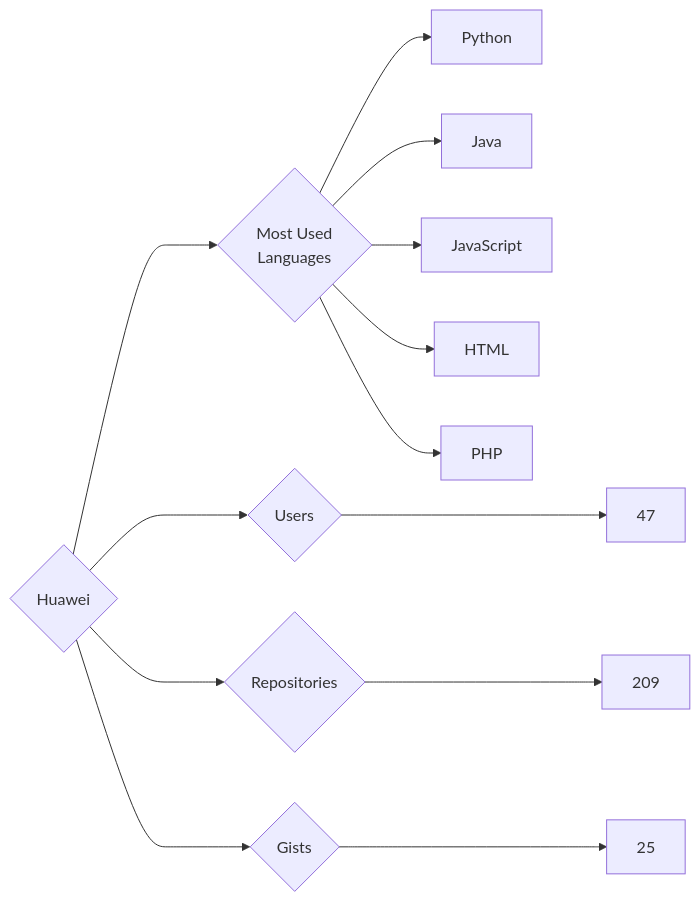
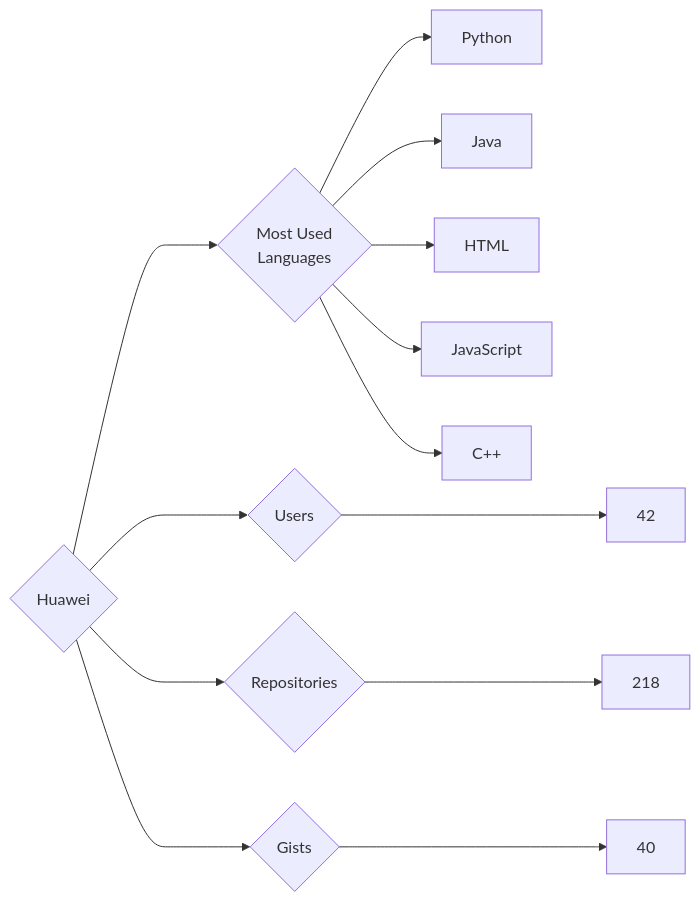
One commit to trickest/insiders changed the diagram in targets/Huawei/README.md. Above: the diagram before and after it, drawn with Mermaid. The commit also changed 826 other files, not shown here.

````diff
--- a/targets/Huawei/README.md
+++ b/targets/Huawei/README.md
@@ -3,13 +3,13 @@
 ```mermaid
 graph LR
 COMPANY_NAME{Huawei}
-COMPANY_NAME ---> U{Users} ---> UN[47]
-COMPANY_NAME ---> R{Repositories} ---> RN[209]
-COMPANY_NAME ---> G{Gists} ---> GN[25]
+COMPANY_NAME ---> U{Users} ---> UN[42]
+COMPANY_NAME ---> R{Repositories} ---> RN[218]
+COMPANY_NAME ---> G{Gists} ---> GN[40]
 COMPANY_NAME ---> ML{Most Used<br>Languages}
 ML --> Python[Python]
 ML --> Java[Java]
+ML --> HTML[HTML]
 ML --> JavaScript[JavaScript]
-ML --> HTML[HTML]
-ML --> PHP[PHP]
+ML --> C++[C++]
 ```
````
